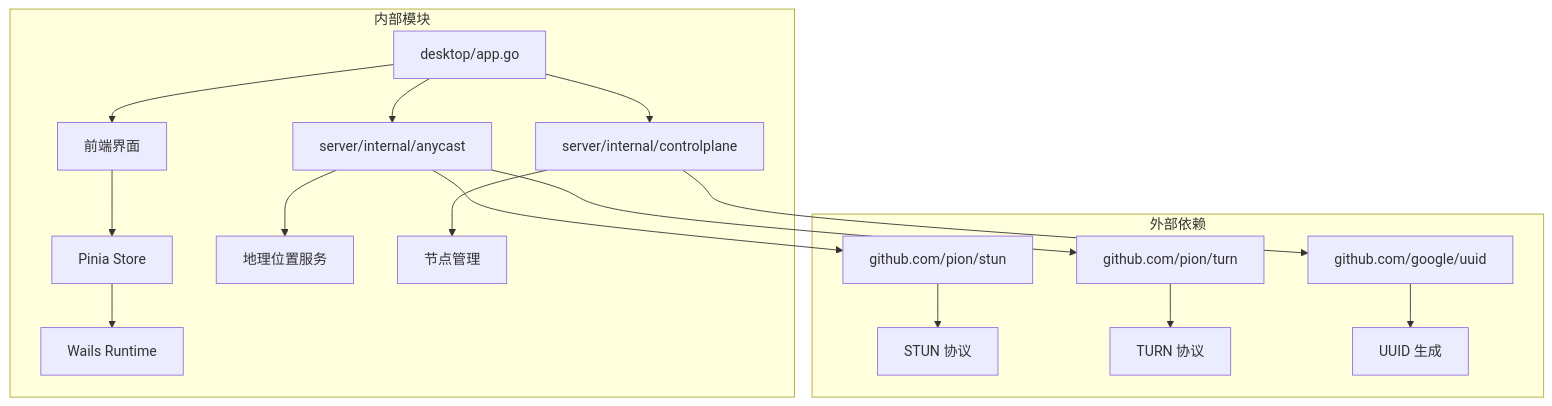
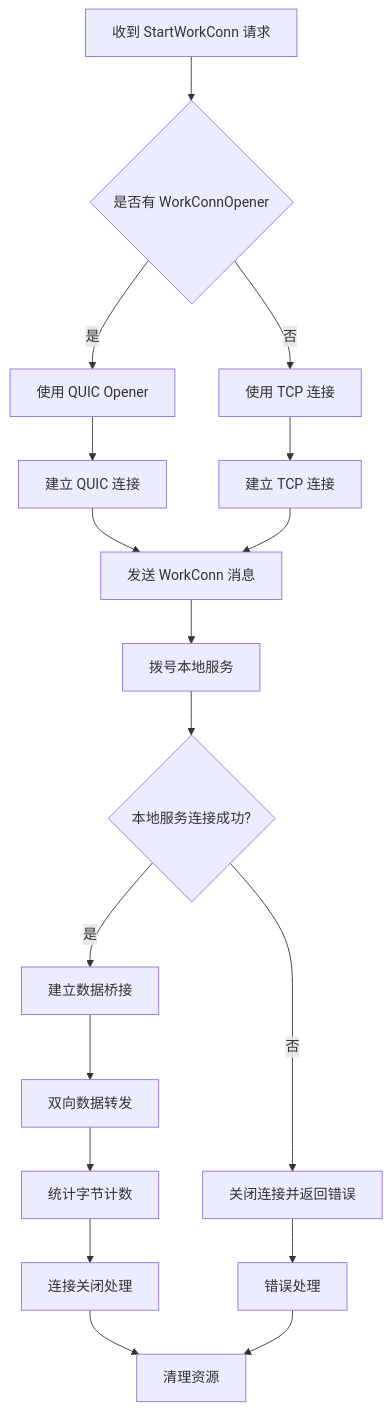
The ninth of 12 diagrams in .qoder/repowiki/zh/content/服务端架构/地理定位服务.md (itsharex/NexTunnel), drawn with Mermaid before and after one commit. The commit also changed other lines of this file and 48 other files, not shown here.

````diff
--- a/.qoder/repowiki/zh/content/服务端架构/地理定位服务.md
+++ b/.qoder/repowiki/zh/content/服务端架构/地理定位服务.md
@@ -292,20 +368,20 @@
 ```mermaid
-graph TB
-subgraph "外部依赖"
-A[github.com/pion/stun] --> D[STUN 协议]
-B[github.com/pion/turn] --> E[TURN 协议]
-C[github.com/google/uuid] --> F[UUID 生成]
-end
-subgraph "内部模块"
-G[desktop/app.go] --> H[前端界面]
-H --> I[Pinia Store]
-I --> J[Wails Runtime]
-K[server/internal/anycast] --> L[地理位置服务]
-M[server/internal/controlplane] --> N[节点管理]
-end
-G --> K
-G --> M
-K --> A
-K --> B
-M --> C
+flowchart TD
+A[收到 StartWorkConn 请求] --> B{是否有 WorkConnOpener}
+B --> |是| C[使用 QUIC Opener]
+B --> |否| D[使用 TCP 连接]
+C --> E[建立 QUIC 连接]
+D --> F[建立 TCP 连接]
+E --> G[发送 WorkConn 消息]
+F --> G
+G --> H[拨号本地服务]
+H --> I{本地服务连接成功?}
+I --> |是| J[建立数据桥接]
+I --> |否| K[关闭连接并返回错误]
+J --> L[双向数据转发]
+L --> M[统计字节计数]
+M --> N[连接关闭处理]
+K --> O[错误处理]
+N --> P[清理资源]
+O --> P
 ```
````
